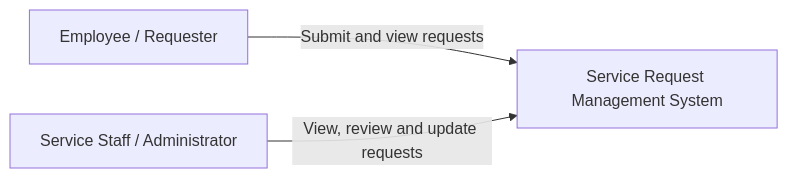
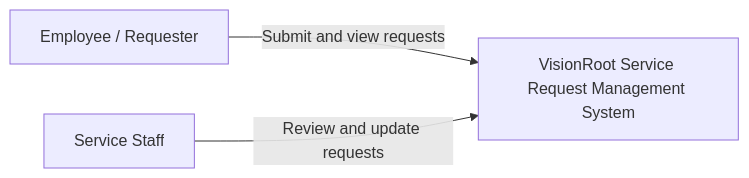
Before and after one commit to SilvaDeShakila/VisionRoot-Software-Engineering-Training: the first of 3 diagrams in docs/architecture.md, drawn with Mermaid. The commit also changed other lines of this file and 3 other files, not shown here.

````diff
--- a/docs/architecture.md
+++ b/docs/architecture.md
@@ -32,9 +33,9 @@
 ```mermaid
 flowchart LR
     Employee["Employee / Requester"]
-    Staff["Service Staff / Administrator"]
-    System["Service Request Management System"]
+    Staff["Service Staff"]
+    System["VisionRoot Service Request Management System"]
 
     Employee -->|"Submit and view requests"| System
-    Staff -->|"View, review and update requests"| System
+    Staff -->|"Review and update requests"| System
 ```
````
